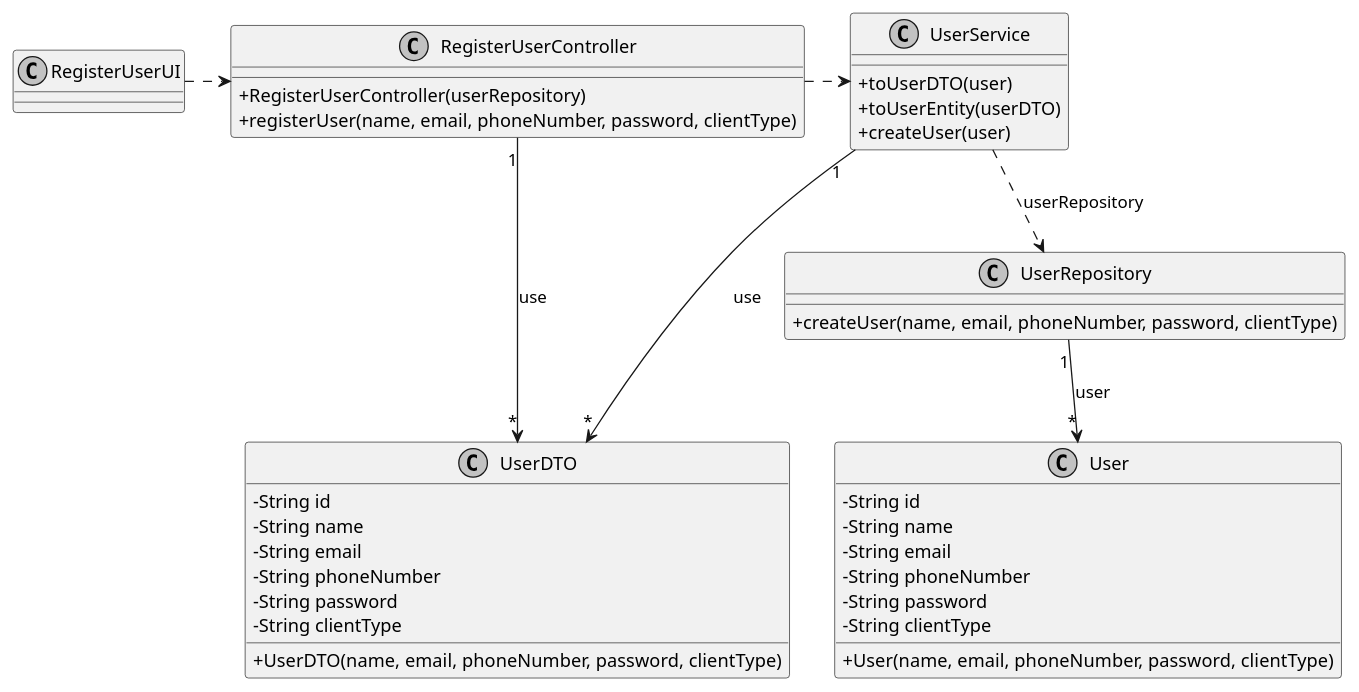
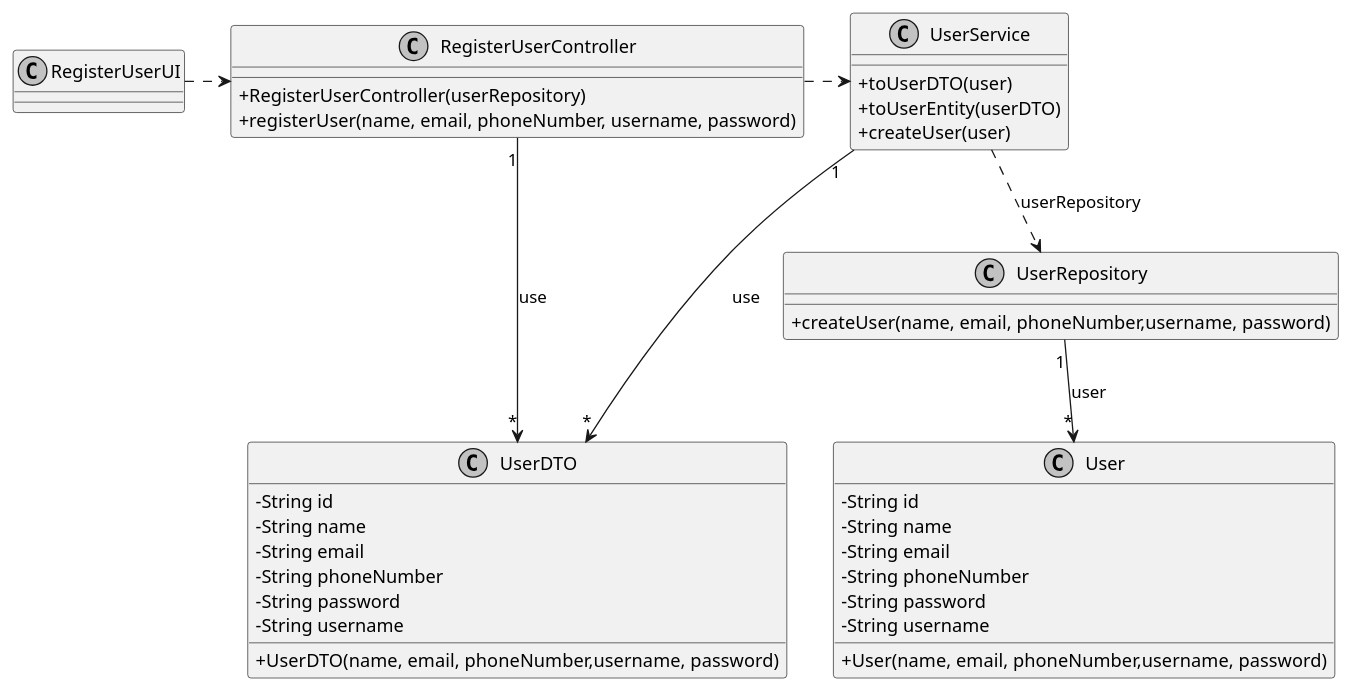
The diagram in Docs/US01/03-design/US01-CD.puml (vivianeaalmeida/ComeAndGet), drawn with PlantUML before and after one commit. The commit also changed 23 other files, not shown here.

```diff
--- a/Docs/US01/03-design/US01-CD.puml
+++ b/Docs/US01/03-design/US01-CD.puml
@@ -1,63 +1,63 @@
 @startuml
 skinparam monochrome true
 skinparam packageStyle rectangle
 skinparam shadowing false
 skinparam linetype polyline
 skinparam linetype orto
 
 skinparam classAttributeIconSize 0
 
 class RegisterUserUI {
 }
 
 class UserService {
     + toUserDTO(user)
     + toUserEntity(userDTO)
     + createUser(user)
 }
 
 
 
 class RegisterUserController {
     + RegisterUserController(userRepository)
-    + registerUser(name, email, phoneNumber, password, clientType)
+    + registerUser(name, email, phoneNumber, username, password)
 }
 
 class User {
     - String id
     - String name
     - String email
     - String phoneNumber
     - String password
-    - String clientType
+    - String username
 
-    + User(name, email, phoneNumber, password, clientType)
+    + User(name, email, phoneNumber,username, password)
 }
 
 class UserDTO {
     - String id
     - String name
     - String email
     - String phoneNumber
     - String password
-    - String clientType
+    - String username
 
-    + UserDTO(name, email, phoneNumber, password, clientType)
+    + UserDTO(name, email, phoneNumber,username, password)
 }
 
 class UserRepository {
-    + createUser(name, email, phoneNumber, password, clientType)
+    + createUser(name, email, phoneNumber,username, password)
 }
 
 
 RegisterUserUI .> RegisterUserController
 
 RegisterUserController .> UserService
 
 UserService ..> UserRepository : userRepository
 
 UserRepository "1" --> "*" User : user
 RegisterUserController "1" ---> "*" UserDTO: use
 UserService "1" --> "*" UserDTO: use
 
 @enduml
```
